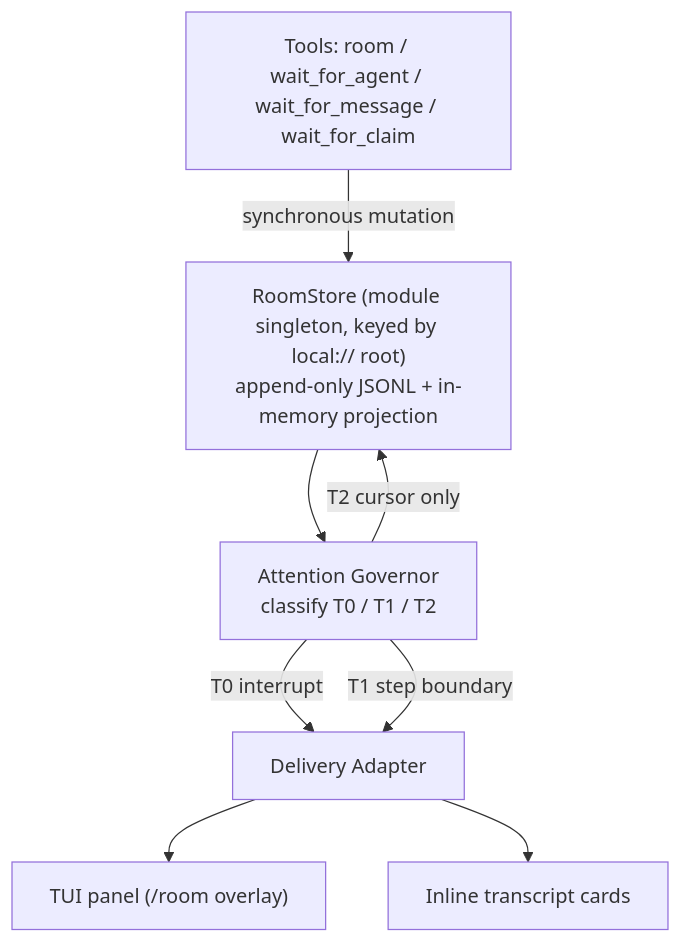
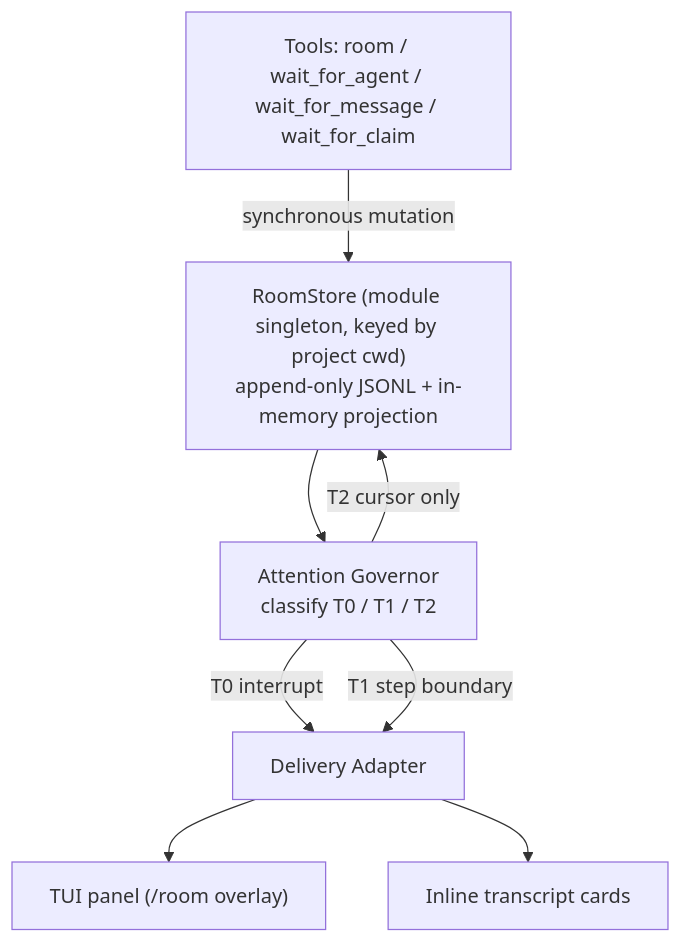
One commit to yuzu-octopus/omp-chatroom changed the diagram in AGENTS.md. Above: the diagram before and after it, drawn with Mermaid. The commit also changed 2 other files, not shown here.

Commit message:
docs: correct the room root key in AGENTS.md, README, and .gitignore
AGENTS.md described the store as 'keyed by local:// root' — wrong after the
cwd fix. README documented the config path as <local:// root>/room/config.json
and the in-process limit as 'shared local:// root'. Both now say <project
cwd>/.omp-room/room/. .gitignore excludes .omp-room/ (runtime state).

````diff
--- a/AGENTS.md
+++ b/AGENTS.md
@@ -33,17 +33,17 @@
 ```mermaid
 flowchart TD
   T["Tools: room / wait_for_agent / wait_for_message / wait_for_claim"]
-  S["RoomStore (module singleton, keyed by local:// root)<br/>append-only JSONL + in-memory projection"]
+  S["RoomStore (module singleton, keyed by project cwd)<br/>append-only JSONL + in-memory projection"]
   G["Attention Governor<br/>classify T0 / T1 / T2"]
   D["Delivery Adapter"]
   P["TUI panel (/room overlay)"]
   C["Inline transcript cards"]
 
   T -->|synchronous mutation| S
   S --> G
   G -->|T0 interrupt| D
   G -->|T1 step boundary| D
   G -->|T2 cursor only| S
   D --> P
   D --> C
 ```
````
